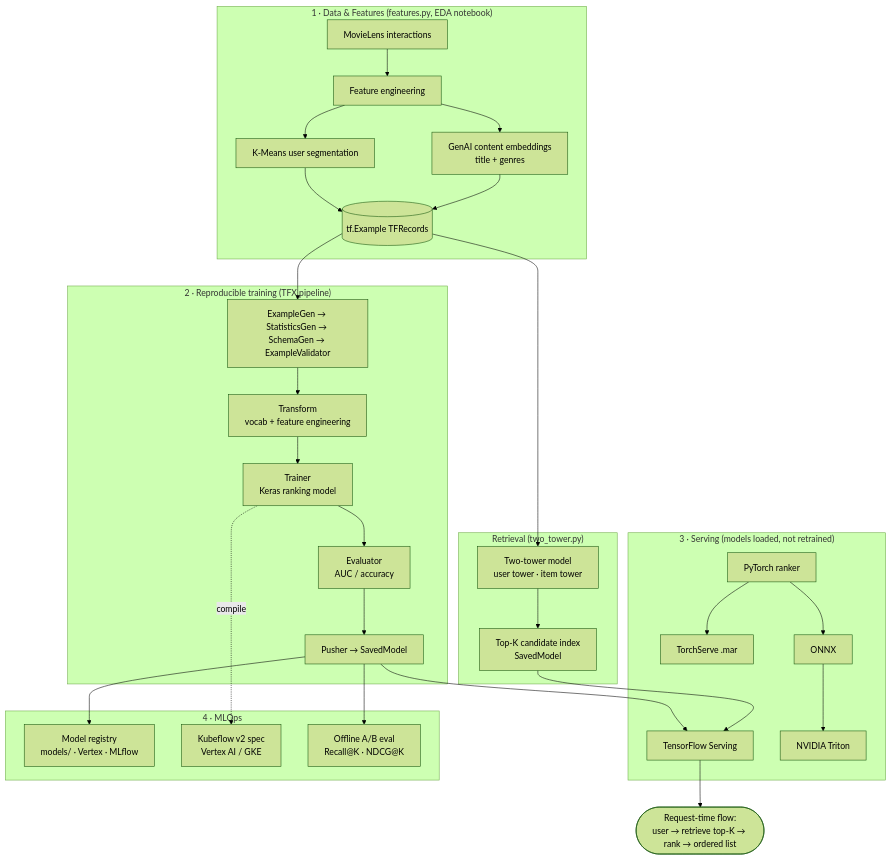
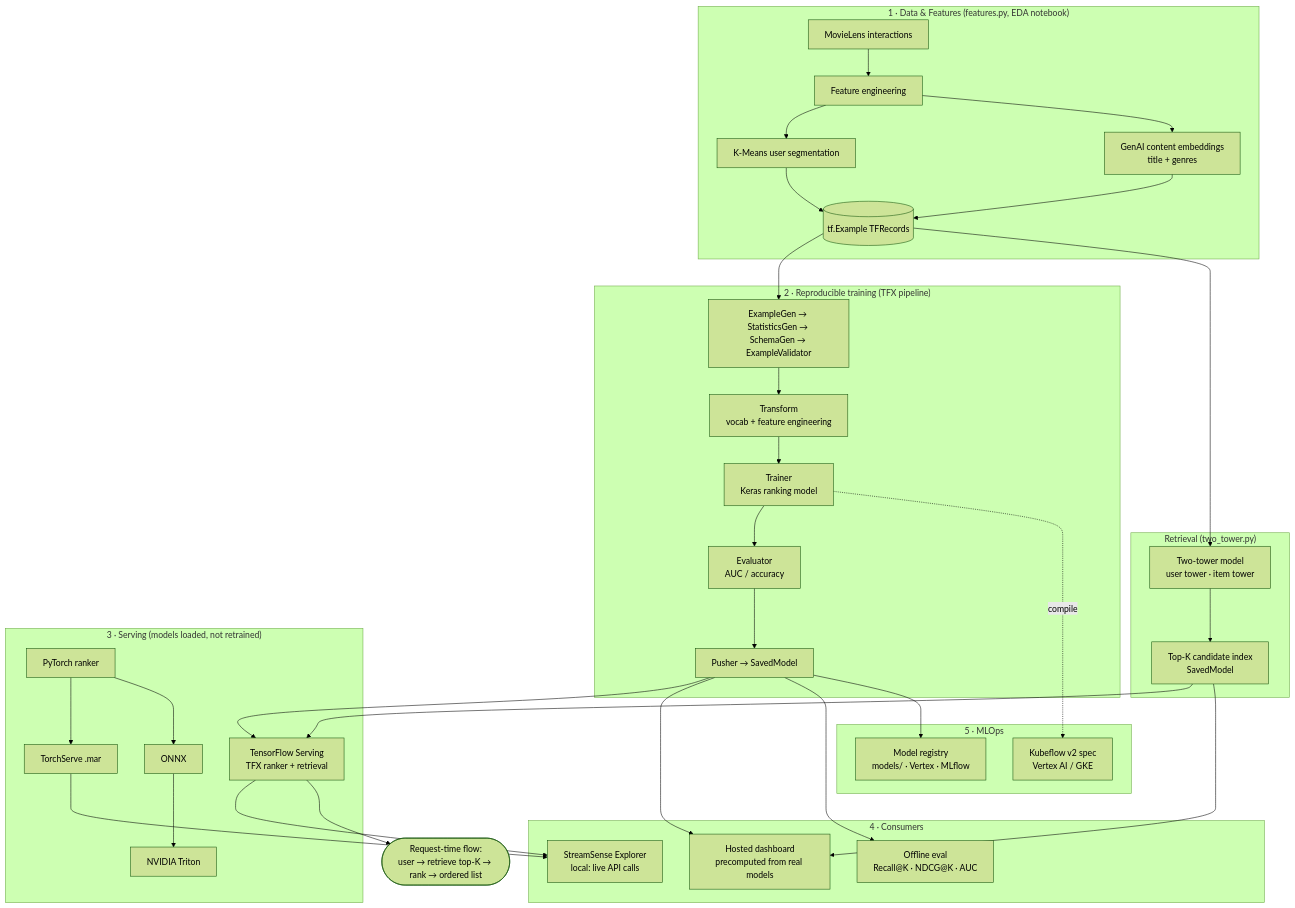
The diagram in README.md (techykajal/streamsense-ott-recsys), drawn with Mermaid (forest theme) before and after one commit. The commit also changed other lines of this file and 7 other files, not shown here.

Commit message:
Docs: live demo + screenshots, real metrics, dashboard/serving refresh; drop demo notebook

````diff
--- a/README.md
+++ b/README.md
@@ -75,38 +127,45 @@
 ```mermaid
 flowchart TB
     subgraph DATA["1 · Data & Features  (features.py, EDA notebook)"]
         A[MovieLens interactions] --> B[Feature engineering]
         B --> C[K-Means user segmentation]
         B --> D[GenAI content embeddings<br/>title + genres]
         C --> E[(tf.Example TFRecords)]
         D --> E
     end
 
     subgraph TRAIN["2 · Reproducible training  (TFX pipeline)"]
         E --> F[ExampleGen → StatisticsGen → SchemaGen → ExampleValidator]
         F --> G[Transform<br/>vocab + feature engineering]
         G --> H[Trainer<br/>Keras ranking model]
         H --> I[Evaluator<br/>AUC / accuracy]
         I --> J[Pusher → SavedModel]
     end
 
     subgraph RETR["Retrieval  (two_tower.py)"]
         E --> K[Two-tower model<br/>user tower · item tower]
         K --> L[Top-K candidate index<br/>SavedModel]
     end
 
     subgraph SERVE["3 · Serving  (models loaded, not retrained)"]
-        J --> M[TensorFlow Serving]
+        J --> M[TensorFlow Serving<br/>TFX ranker + retrieval]
         L --> M
         N[PyTorch ranker] --> O[TorchServe .mar]
         N --> P[ONNX] --> Q[NVIDIA Triton]
     end
 
-    subgraph OPS["4 · MLOps"]
+    subgraph APP["4 · Consumers"]
+        M --> V[StreamSense Explorer<br/>local: live API calls]
+        O --> V
+        J --> W[Hosted dashboard<br/>precomputed from real models]
+        L --> W
+        J --> T[Offline eval<br/>Recall@K · NDCG@K · AUC]
+    end
+
+    subgraph OPS["5 · MLOps"]
         J --> R[Model registry<br/>models/ · Vertex · MLflow]
         H -.compile.-> S[Kubeflow v2 spec<br/>Vertex AI / GKE]
-        J --> T[Offline A/B eval<br/>Recall@K · NDCG@K]
     end
 
     M --> U([Request-time flow:<br/>user → retrieve top-K → rank → ordered list])
 ```
````
